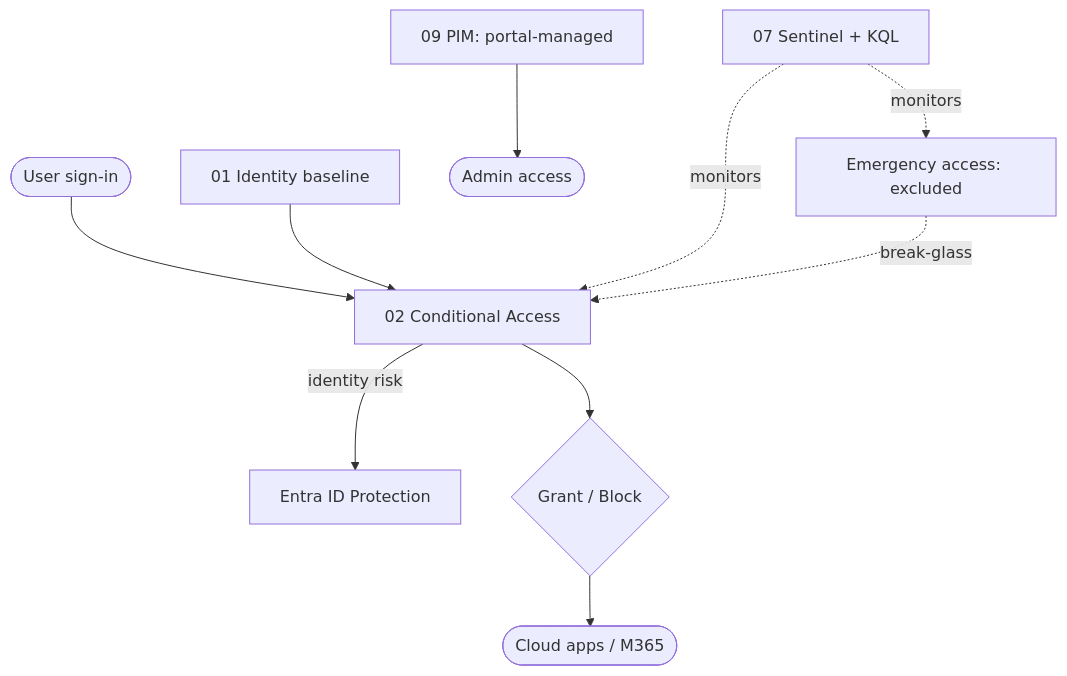
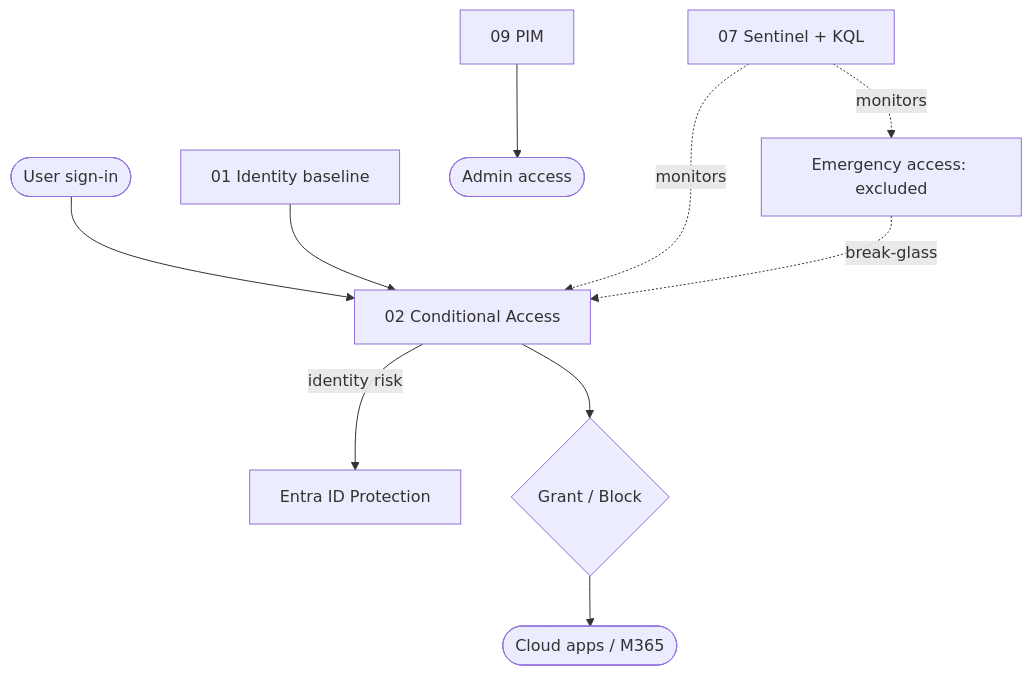
The diagram in README.md (Dhanzz1/entra-zero-trust-identity-baseline), drawn with Mermaid before and after one commit. The commit also changed other lines of this file, not shown here.

````diff
--- a/README.md
+++ b/README.md
@@ -27,12 +29,12 @@
 ```mermaid
 flowchart TD
   user([User sign-in]) --> CA[02 Conditional Access]
   IB[01 Identity baseline] --> CA
   CA -->|identity risk| IDP[Entra ID Protection]
   BG[Emergency access: excluded] -. break-glass .-> CA
   CA --> grant{Grant / Block}
   grant --> apps([Cloud apps / M365])
-  PIM[09 PIM: portal-managed] --> admin([Admin access])
+  PIM[09 PIM] --> admin([Admin access])
   SEN[07 Sentinel + KQL] -. monitors .-> CA
   SEN -. monitors .-> BG
 ```
````
